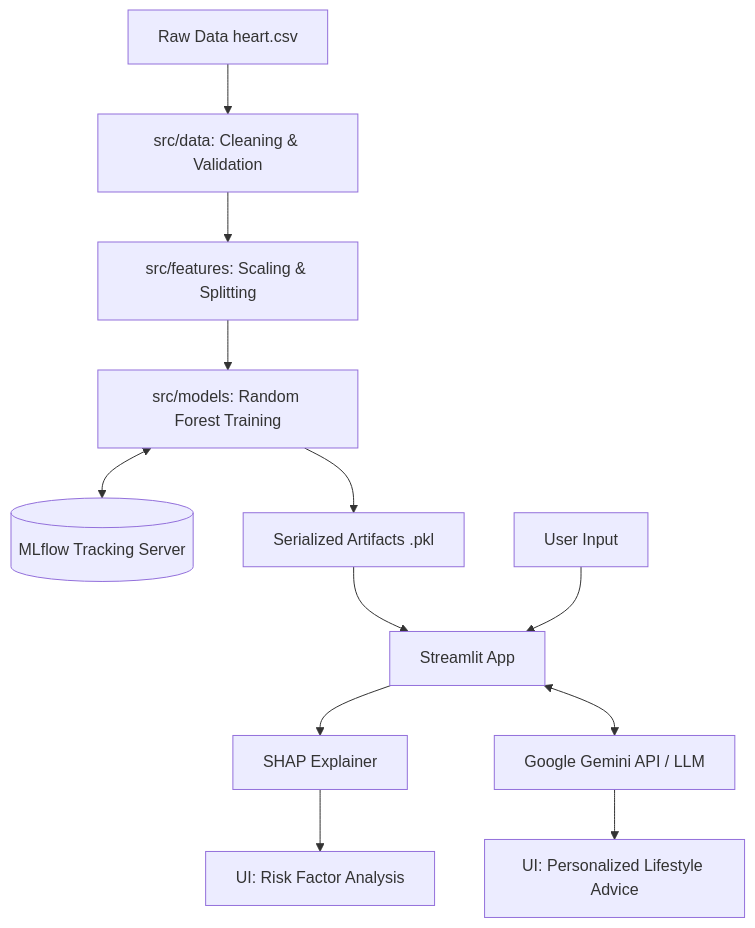
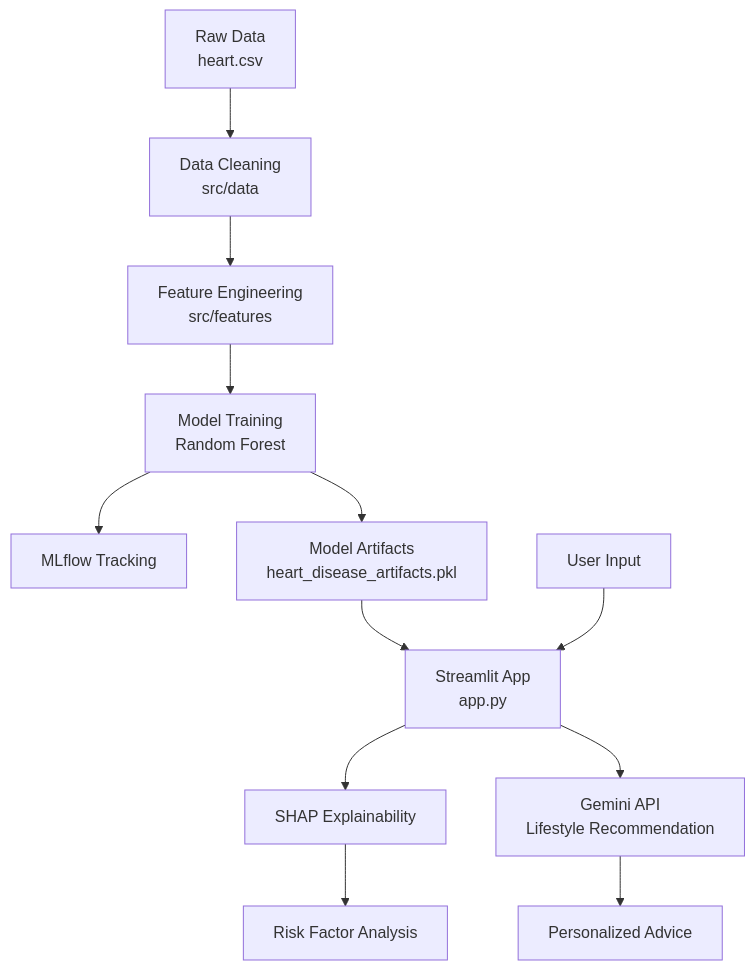
One commit to Arfiadi/heart-disease-prediction changed the diagram in README.md. Above: the diagram before and after it, drawn with Mermaid. The commit also changed other lines of this file, not shown here.

````diff
--- a/README.md
+++ b/README.md
@@ -20,14 +55,14 @@
 ```mermaid
-graph TD;
-    A[Raw Data heart.csv] --> B[src/data: Cleaning & Validation];
-    B --> C[src/features: Scaling & Splitting];
-    C --> D[src/models: Random Forest Training];
-    D <--> E[(MLflow Tracking Server)];
-    D --> F[Serialized Artifacts .pkl];
-    F --> G[Streamlit App];
-    H[User Input] --> G;
-    G --> I[SHAP Explainer];
-    G <--> J[Google Gemini API / LLM];
-    I --> K[UI: Risk Factor Analysis];
-    J --> L[UI: Personalized Lifestyle Advice];
+graph TD
+    A["Raw Data<br/>heart.csv"] --> B["Data Cleaning<br/>src/data"]
+    B --> C["Feature Engineering<br/>src/features"]
+    C --> D["Model Training<br/>Random Forest"]
+    D --> E["MLflow Tracking"]
+    D --> F["Model Artifacts<br/>heart_disease_artifacts.pkl"]
+    F --> G["Streamlit App<br/>app.py"]
+    H["User Input"] --> G
+    G --> I["SHAP Explainability"]
+    G --> J["Gemini API<br/>Lifestyle Recommendation"]
+    I --> K["Risk Factor Analysis"]
+    J --> L["Personalized Advice"]
 ```
````
